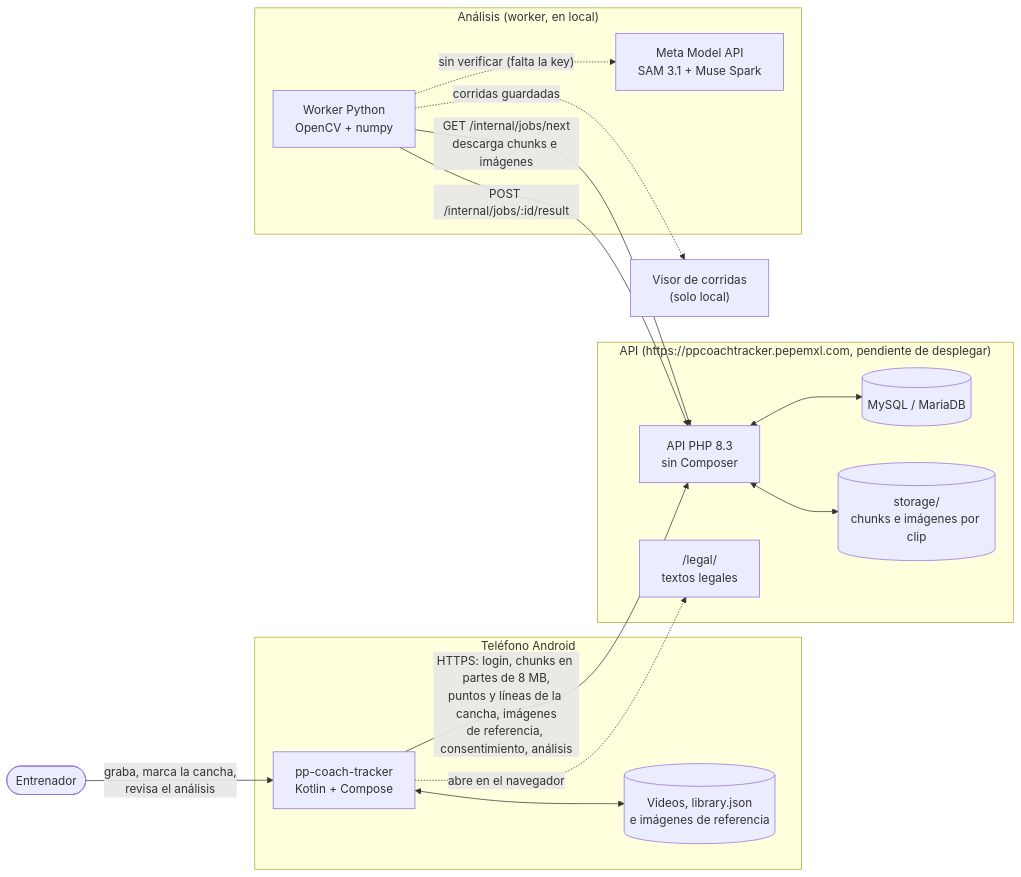
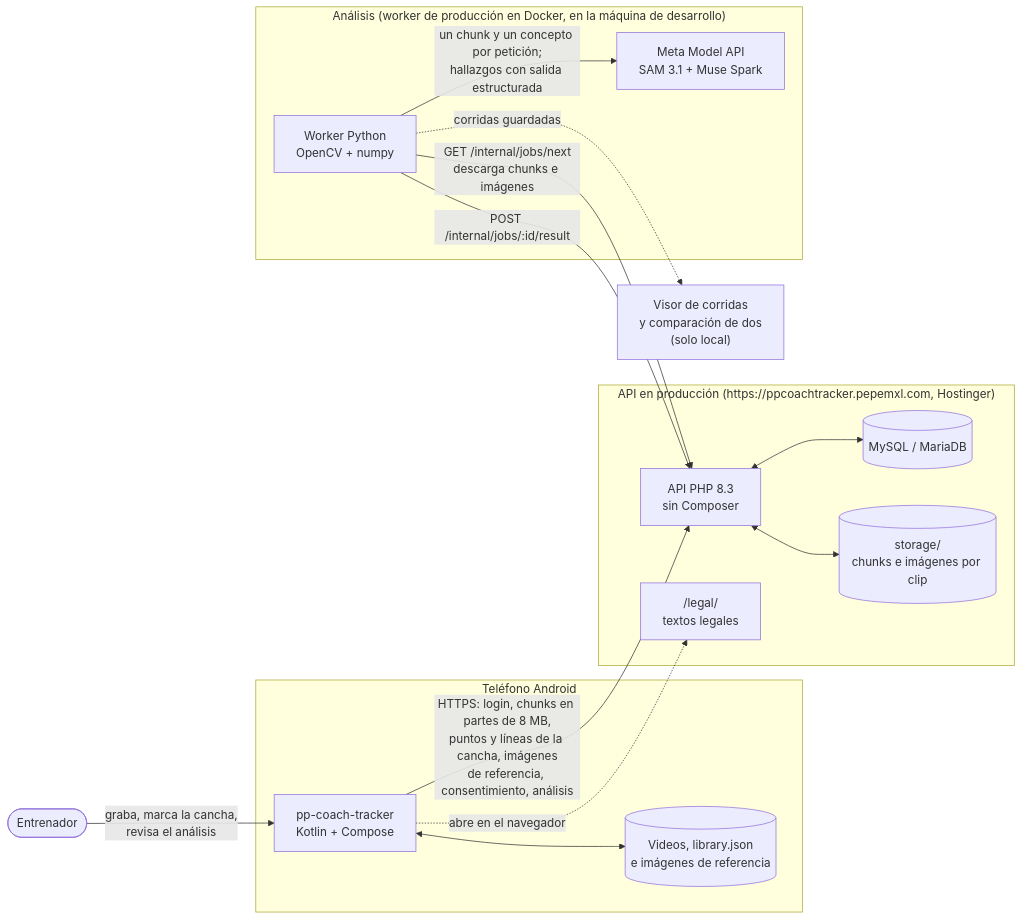
The diagram in docs/arquitectura/README.md (pepemxl/meta-ai-hackathon-2026), drawn with Mermaid before and after one commit. The commit also changed other lines of this file and 7 other files, not shown here.

````diff
--- a/docs/arquitectura/README.md
+++ b/docs/arquitectura/README.md
@@ -18,34 +18,34 @@
 ```mermaid
 flowchart LR
     coach(["Entrenador"])
 
     subgraph phone["Teléfono Android"]
         app["pp-coach-tracker<br/>Kotlin + Compose"]
         files[("Videos, library.json<br/>e imágenes de referencia")]
     end
 
-    subgraph server["API (https://ppcoachtracker.pepemxl.com, pendiente de desplegar)"]
+    subgraph server["API en producción (https://ppcoachtracker.pepemxl.com, Hostinger)"]
         api["API PHP 8.3<br/>sin Composer"]
         db[("MySQL / MariaDB")]
         disk[("storage/<br/>chunks e imágenes por clip")]
         legal["/legal/<br/>textos legales"]
     end
 
-    subgraph ia["Análisis (worker, en local)"]
+    subgraph ia["Análisis (worker de producción en Docker, en la máquina de desarrollo)"]
         worker["Worker Python<br/>OpenCV + numpy"]
         meta["Meta Model API<br/>SAM 3.1 + Muse Spark"]
     end
 
-    viewer["Visor de corridas<br/>(solo local)"]
+    viewer["Visor de corridas<br/>y comparación de dos<br/>(solo local)"]
 
     coach -->|"graba, marca la cancha,<br/>revisa el análisis"| app
     app <--> files
     app -->|"HTTPS: login, chunks en partes de 8 MB,<br/>puntos y líneas de la cancha, imágenes<br/>de referencia, consentimiento, análisis"| api
     app -.->|abre en el navegador| legal
     api <--> db
     api <--> disk
     worker -->|"GET /internal/jobs/next<br/>descarga chunks e imágenes"| api
     worker -->|"POST /internal/jobs/:id/result"| api
-    worker -.->|"sin verificar (falta la key)"| meta
+    worker -->|"un chunk y un concepto por petición;<br/>hallazgos con salida estructurada"| meta
     worker -.->|"corridas guardadas"| viewer
 ```
````
